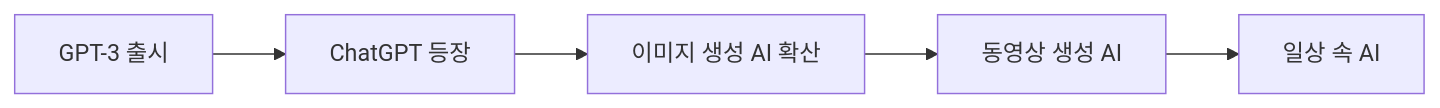
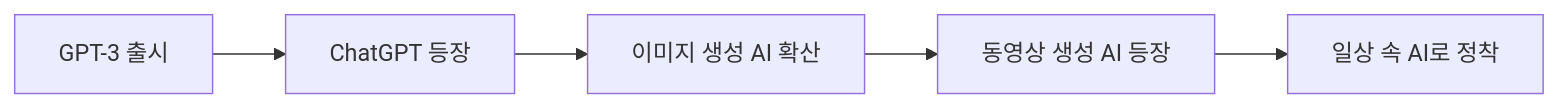
One commit to koraiablog/koraiablog.github.io changed the sixth of 6 diagrams in content/posts/ai-timeline.md. Above: the diagram before and after it, drawn with Mermaid. The commit also changed other lines of this file and 59 other files, not shown here.

````diff
--- a/content/posts/ai-timeline.md
+++ b/content/posts/ai-timeline.md
@@ -240,7 +228,7 @@
 ```mermaid
 graph LR
   A[GPT-3 출시] --> B[ChatGPT 등장]
   B --> C[이미지 생성 AI 확산]
-  C --> D[동영상 생성 AI]
-  D --> E[일상 속 AI]
+  C --> D[동영상 생성 AI 등장]
+  D --> E[일상 속 AI로 정착]
 ```
````
